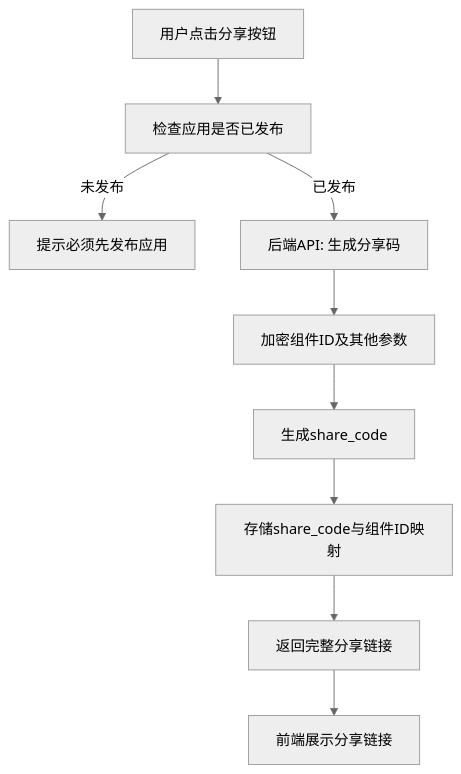
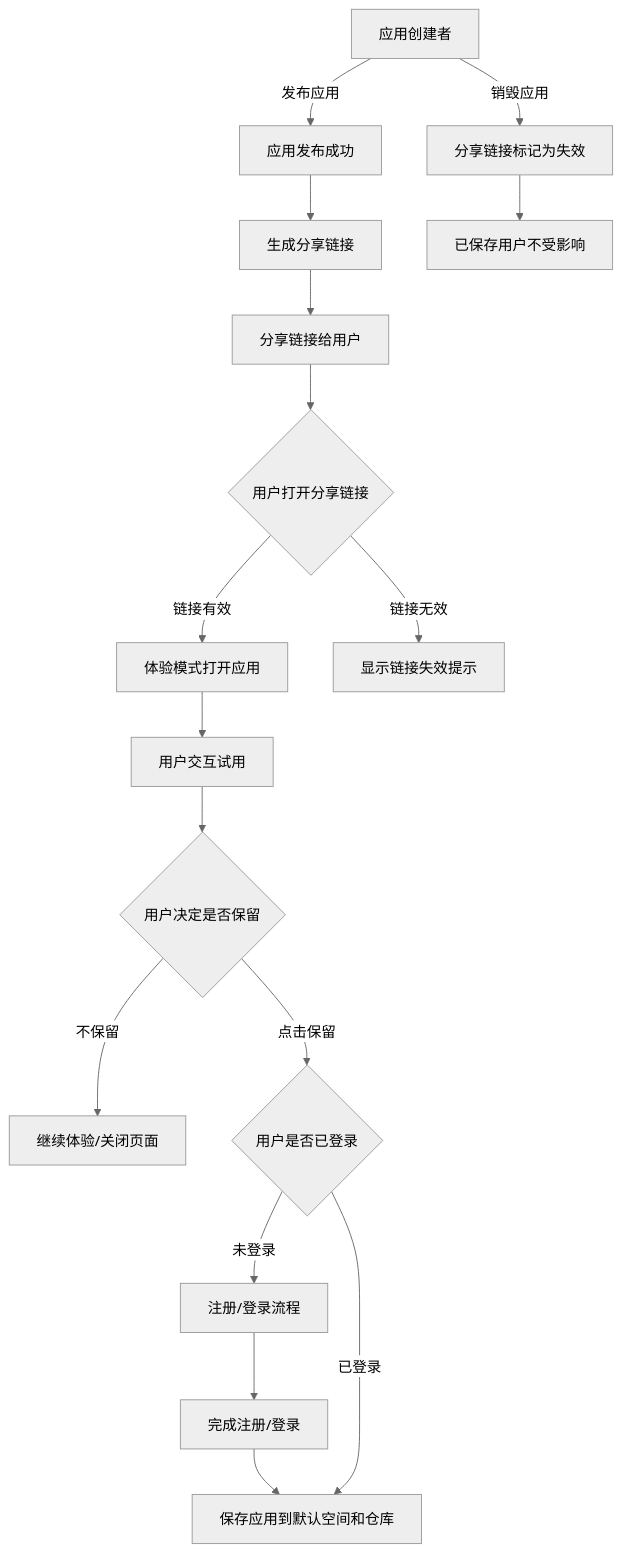
One commit to yingjianzh/iodraw-files changed the diagram in all/未命名-64.md. Above: the diagram before and after it, drawn with Mermaid (neutral theme).

Commit message:
2025-05-21 18:20:42 update

````diff
--- a/all/未命名-64.md
+++ b/all/未命名-64.md
@@ -1,13 +1,20 @@
 ```mermaid
 flowchart TD
-    A[用户点击分享按钮] --> B[检查应用是否已发布]
-    B -->|未发布| C[提示必须先发布应用]
-    B -->|已发布| D[后端API: 生成分享码]
-    D --> E[加密组件ID及其他参数]
-    E --> F[生成share_code]
-    F --> G[存储share_code与组件ID映射]
-    G --> H[返回完整分享链接]
-    H --> I[前端展示分享链接]
+    A[应用创建者] -->|发布应用| B[应用发布成功]
+    B --> C[生成分享链接]
+    C --> D[分享链接给用户]
+    D --> E{用户打开分享链接}
+    E -->|链接有效| F[体验模式打开应用]
+    E -->|链接无效| F1[显示链接失效提示]
+    F --> G[用户交互试用]
+    G --> H{用户决定是否保留}
+    H -->|不保留| I[继续体验/关闭页面]
+    H -->|点击保留| J{用户是否已登录}
+    J -->|未登录| K[注册/登录流程]
+    K --> L[完成注册/登录]
+    L --> M[保存应用到默认空间和仓库]
+    J -->|已登录| M
     
-    style B decision
+    A -->|销毁应用| N[分享链接标记为失效]
+    N --> O[已保存用户不受影响]
 ```
````
